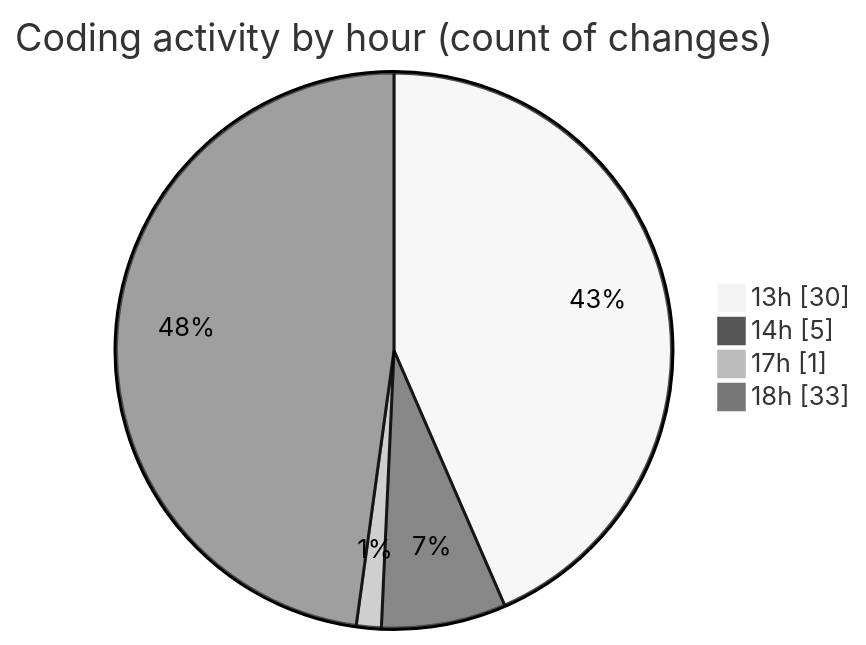
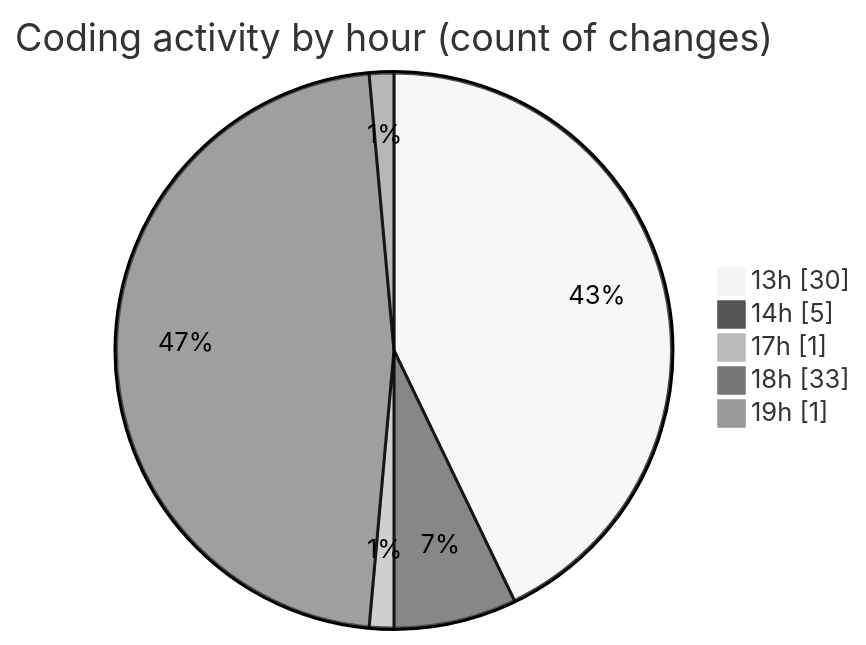
One commit to robertbonfada/code-tracking changed the second of 2 diagrams in 2025-01-14/mbc-web/README.md. Above: the diagram before and after it, drawn with Mermaid (neutral theme). The commit also changed other lines of this file and 1 other file, not shown here.

````diff
--- a/2025-01-14/mbc-web/README.md
+++ b/2025-01-14/mbc-web/README.md
@@ -55,8 +55,9 @@
 ```mermaid
 pie showData
 title Coding activity by hour (count of changes)
 "13h" : 30
 "14h" : 5
 "17h" : 1
 "18h" : 33
+"19h" : 1
 ```
````
